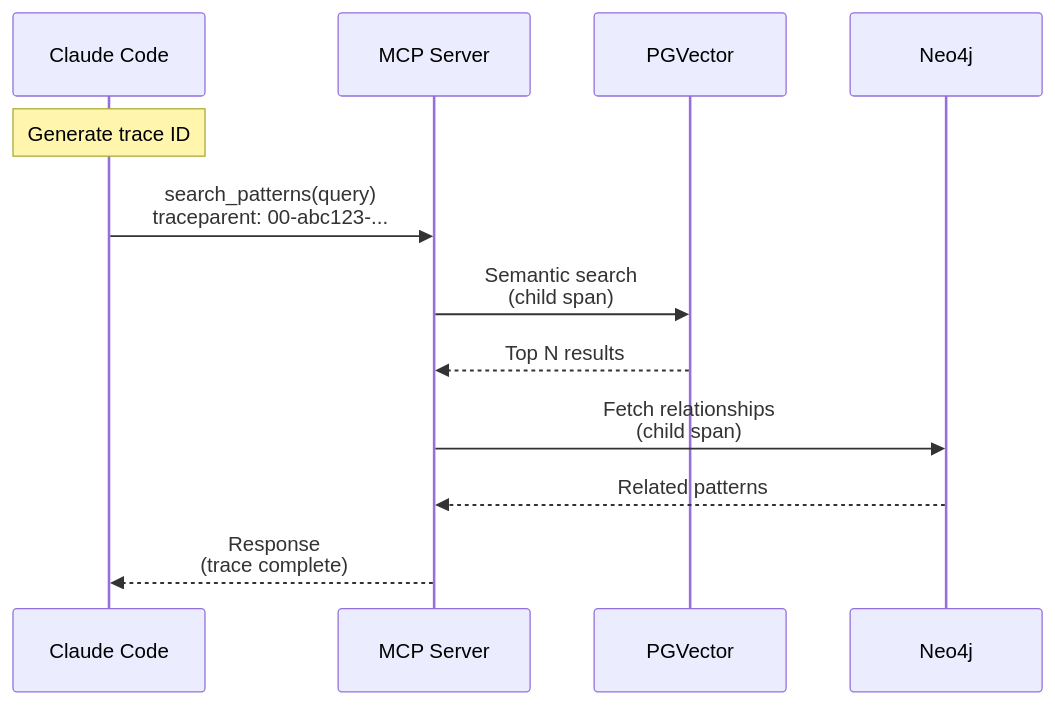
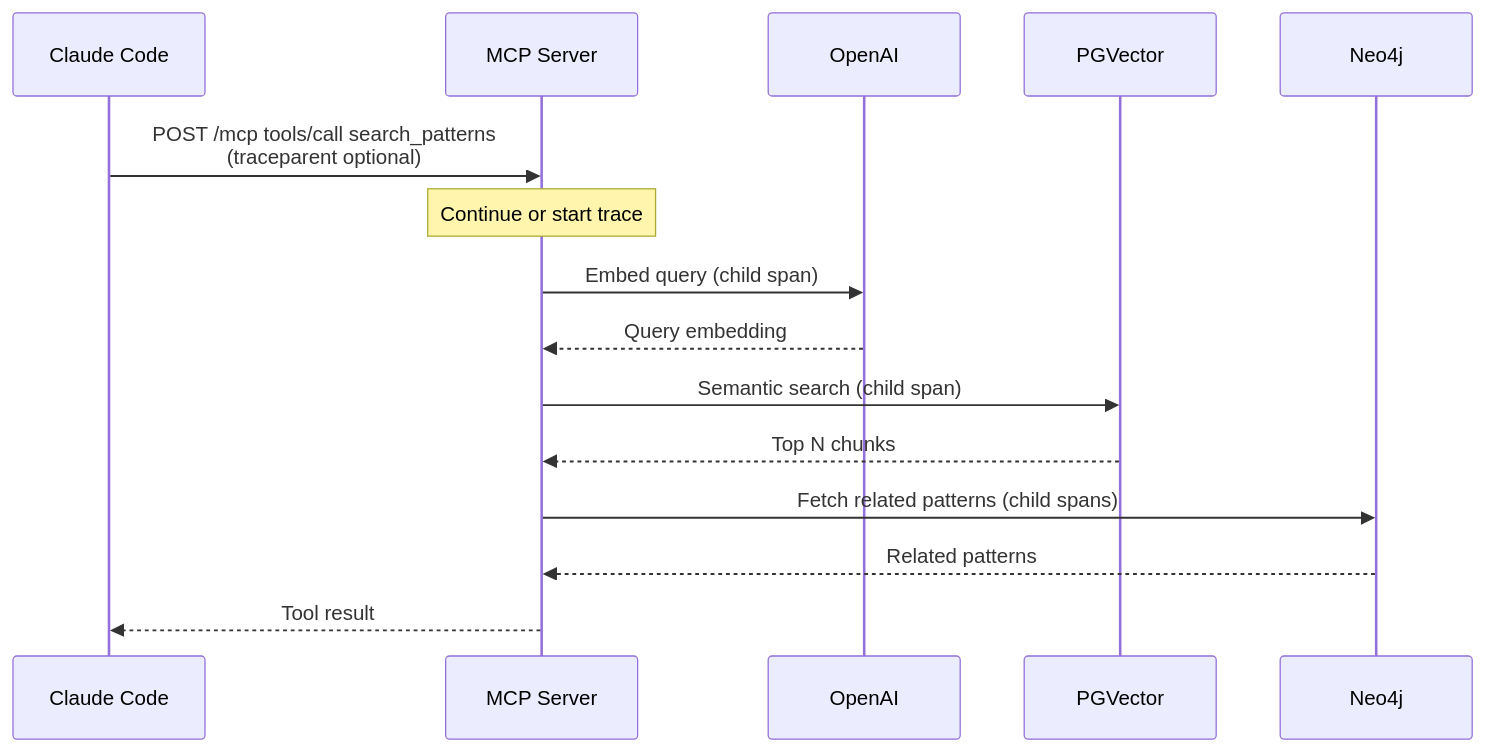
One commit to twistingmercury/mnemonic-docs changed the second of 4 diagrams in docs/architecture/system/07-observability-architecture.md. Above: the diagram before and after it, drawn with Mermaid. The commit also changed other lines of this file and 41 other files, not shown here.

````diff
--- a/docs/architecture/system/07-observability-architecture.md
+++ b/docs/architecture/system/07-observability-architecture.md
@@ -190,15 +182,18 @@
 ```mermaid
 sequenceDiagram
     participant CC as Claude Code
     participant MCP as MCP Server
+    participant OAI as OpenAI
     participant PGV as PGVector
     participant NEO as Neo4j
 
-    Note over CC: Generate trace ID
-    CC->>MCP: search_patterns(query)<br/>traceparent: 00-abc123-...
-    MCP->>PGV: Semantic search<br/>(child span)
-    PGV-->>MCP: Top N results
-    MCP->>NEO: Fetch relationships<br/>(child span)
+    CC->>MCP: POST /mcp tools/call search_patterns<br/>(traceparent optional)
+    Note over MCP: Continue or start trace
+    MCP->>OAI: Embed query (child span)
+    OAI-->>MCP: Query embedding
+    MCP->>PGV: Semantic search (child span)
+    PGV-->>MCP: Top N chunks
+    MCP->>NEO: Fetch related patterns (child spans)
     NEO-->>MCP: Related patterns
-    MCP-->>CC: Response<br/>(trace complete)
+    MCP-->>CC: Tool result
 ```
````
